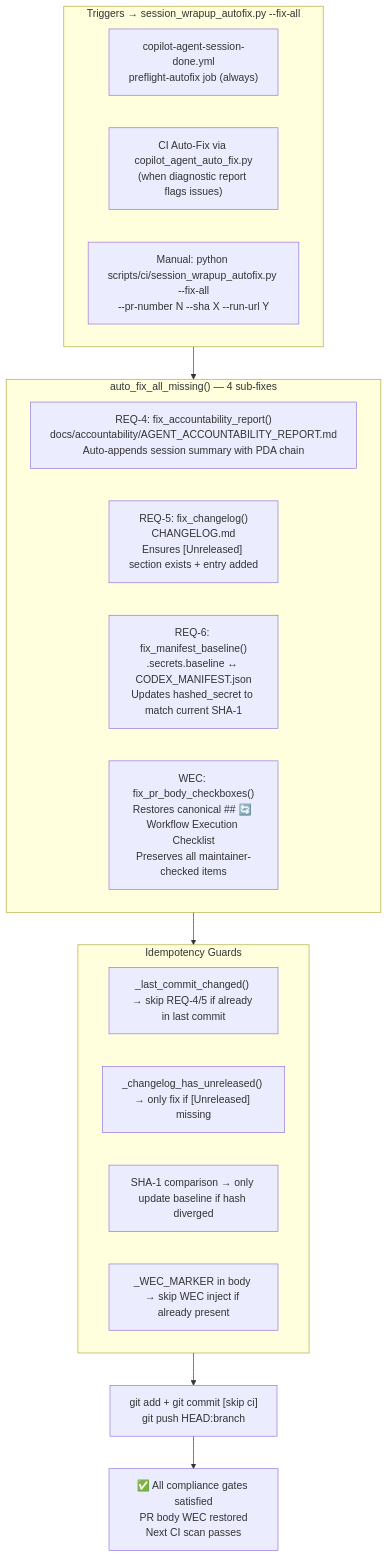
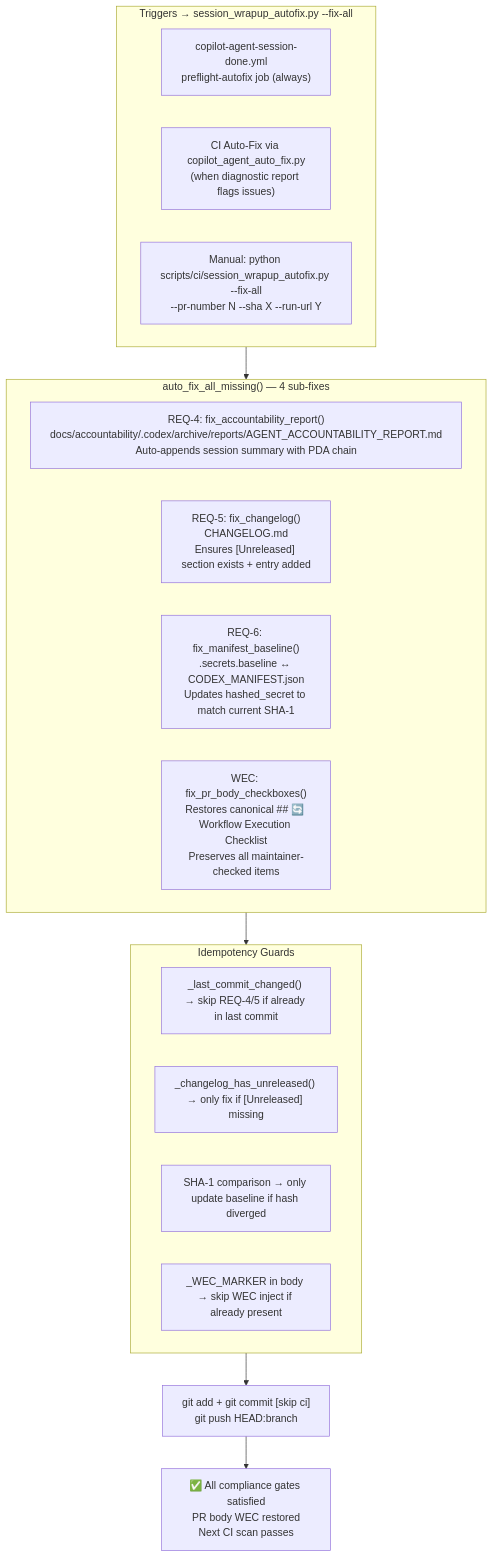
Before and after one commit to Aries-Serpent/_codex_: the ninth of 9 diagrams in docs/workflows/PR_COMMENT_LIFECYCLE.md, drawn with Mermaid. The commit also changed other lines of this file and 1343 other files, not shown here.

````diff
--- a/docs/workflows/PR_COMMENT_LIFECYCLE.md
+++ b/docs/workflows/PR_COMMENT_LIFECYCLE.md
@@ -367,28 +367,28 @@
 ```mermaid
 %%{init: {'accessibility': {'title': 'Flowchart showing "Triggers → session_wrapup_autofix.py --fix-all", "copilot-agent-session-done.yml\npreflight-autofix job (always)"'}}%%
 flowchart TD
     subgraph TRIGGERS["Triggers → session_wrapup_autofix.py --fix-all"]
         T1["copilot-agent-session-done.yml\npreflight-autofix job (always)"]
         T2["CI Auto-Fix via copilot_agent_auto_fix.py\n(when diagnostic report flags issues)"]
         T3["Manual: python scripts/ci/session_wrapup_autofix.py --fix-all\n--pr-number N --sha X --run-url Y"]
     end
 
     subgraph FIXES["auto_fix_all_missing() — 4 sub-fixes"]
-        F1["REQ-4: fix_accountability_report()\ndocs/accountability/AGENT_ACCOUNTABILITY_REPORT.md\nAuto-appends session summary with PDA chain"]
+        F1["REQ-4: fix_accountability_report()\ndocs/accountability/.codex/archive/reports/AGENT_ACCOUNTABILITY_REPORT.md\nAuto-appends session summary with PDA chain"]
         F2["REQ-5: fix_changelog()\nCHANGELOG.md\nEnsures [Unreleased] section exists + entry added"]
         F3["REQ-6: fix_manifest_baseline()\n.secrets.baseline ↔ CODEX_MANIFEST.json\nUpdates hashed_secret to match current SHA-1"]
         F4["WEC: fix_pr_body_checkboxes()\nRestores canonical ## 🔄 Workflow Execution Checklist\nPreserves all maintainer-checked items"]
     end
 
     subgraph GUARDS["Idempotency Guards"]
         G1["_last_commit_changed() → skip REQ-4/5 if already in last commit"]
         G2["_changelog_has_unreleased() → only fix if [Unreleased] missing"]
         G3["SHA-1 comparison → only update baseline if hash diverged"]
         G4["_WEC_MARKER in body → skip WEC inject if already present"]
     end
 
     TRIGGERS --> FIXES
     FIXES --> GUARDS
     GUARDS --> COMMIT["git add + git commit [skip ci]\ngit push HEAD:branch"]
     COMMIT --> RESULT["✅ All compliance gates satisfied\nPR body WEC restored\nNext CI scan passes"]
 ```
````
